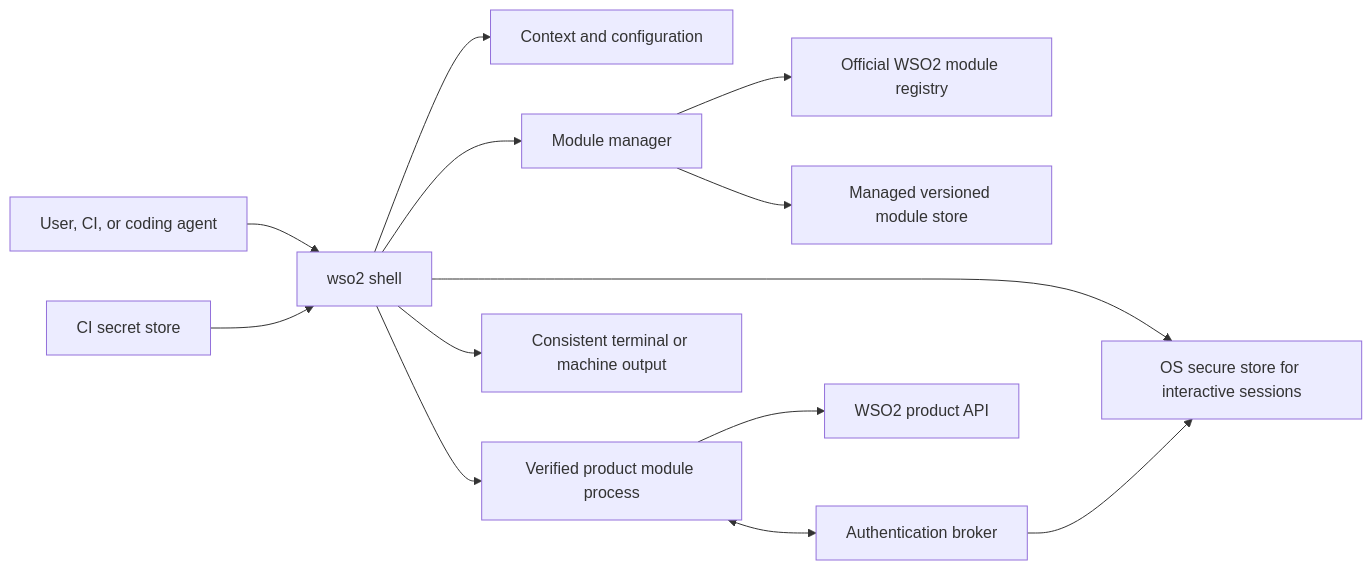
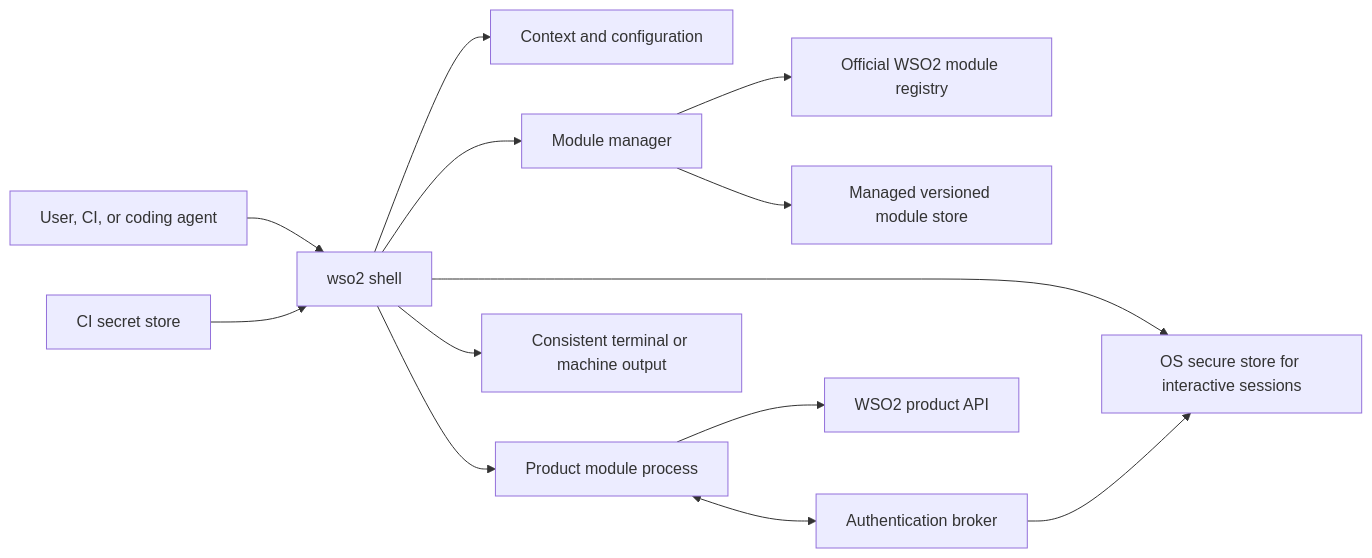
Before and after one commit to kanushka/wso2-cli: the first of 2 diagrams in docs/architecture.md, drawn with Mermaid. The commit also changed other lines of this file and 3 other files, not shown here.

Commit message:
docs(context): retire the verified module term

````diff
--- a/docs/architecture.md
+++ b/docs/architecture.md
@@ -45,15 +45,15 @@
 ```mermaid
 flowchart LR
     U["User, CI, or coding agent"] --> H["wso2 shell"]
     H --> C["Context and configuration"]
     H --> K["OS secure store for interactive sessions"]
     J["CI secret store"] --> H
     H --> M["Module manager"]
     M --> R["Official WSO2 module registry"]
     M --> S["Managed versioned module store"]
-    H --> P["Verified product module process"]
+    H --> P["Product module process"]
     P <--> A["Authentication broker"]
     A --> K
     P --> W["WSO2 product API"]
     H --> O["Consistent terminal or machine output"]
 ```
````
